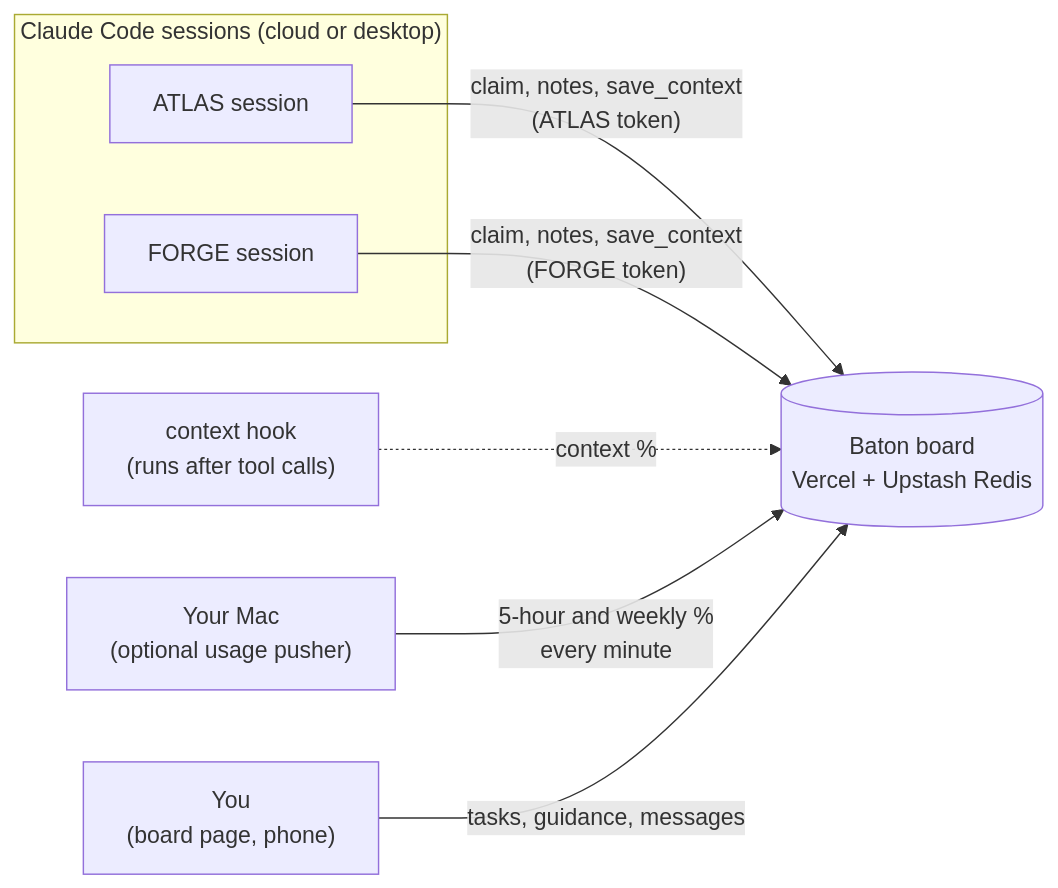
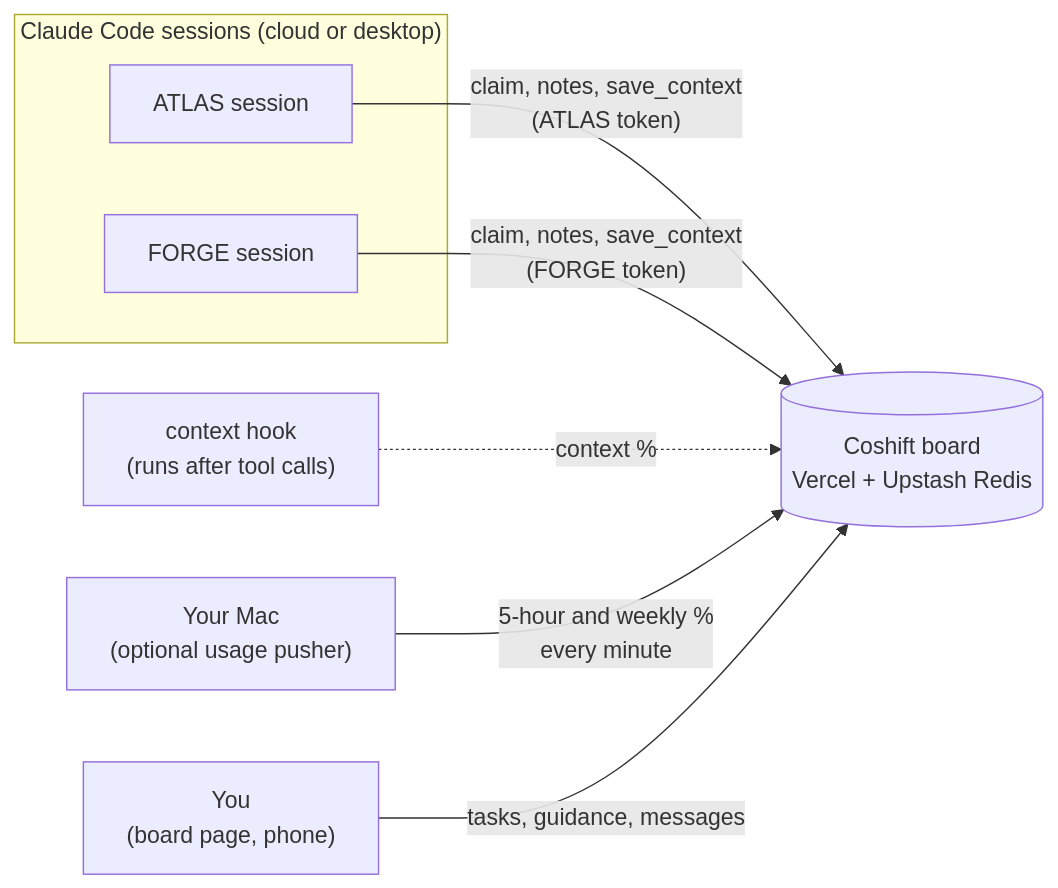
The first of 2 diagrams in README.md (pgamerx/coshift), drawn with Mermaid before and after one commit. The commit also changed other lines of this file and 19 other files, not shown here.

Commit message:
Rename Baton to Coshift

````diff
--- a/README.md
+++ b/README.md
@@ -38,12 +40,12 @@
 ```mermaid
 flowchart LR
     subgraph sessions["Claude Code sessions (cloud or desktop)"]
         A["ATLAS session"]
         F["FORGE session"]
     end
-    A -- "claim, notes, save_context<br/>(ATLAS token)" --> B[("Baton board<br/>Vercel + Upstash Redis")]
+    A -- "claim, notes, save_context<br/>(ATLAS token)" --> B[("Coshift board<br/>Vercel + Upstash Redis")]
     F -- "claim, notes, save_context<br/>(FORGE token)" --> B
     HK["context hook<br/>(runs after tool calls)"] -. "context %" .-> B
     M["Your Mac<br/>(optional usage pusher)"] -- "5-hour and weekly %<br/>every minute" --> B
     Y["You<br/>(board page, phone)"] -- "tasks, guidance, messages" --> B
 ```
````
